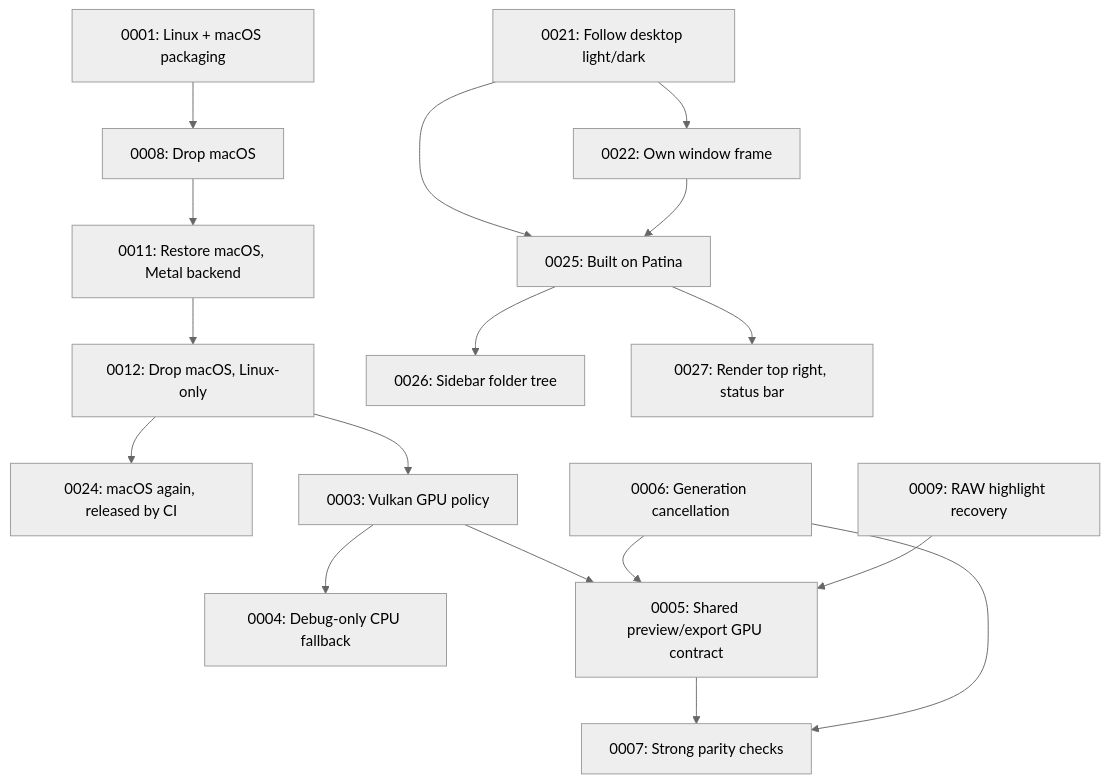
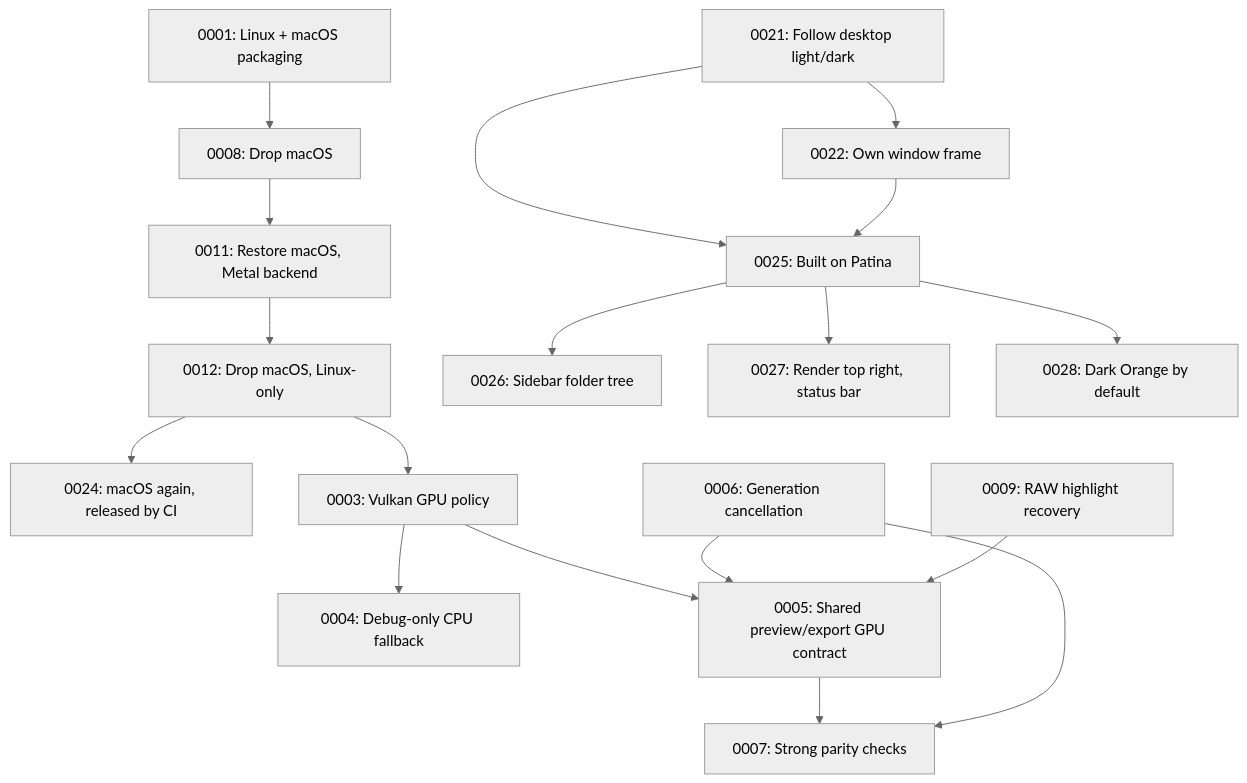
The diagram in docs/adr/README.md (divanvisagie/Photograph), drawn with Mermaid (neutral theme) before and after one commit. The commit also changed other lines of this file and 4 other files, not shown here.

First line of the commit message:
Dark Orange by default; drop the Photograph look (ADR-0028)

````diff
--- a/docs/adr/README.md
+++ b/docs/adr/README.md
@@ -71,19 +72,20 @@
 ```mermaid
 flowchart TD
     P1[0001: Linux + macOS packaging] --> P8[0008: Drop macOS]
     P8 --> P11[0011: Restore macOS, Metal backend]
     P11 --> P12[0012: Drop macOS, Linux-only]
     P12 --> P24[0024: macOS again, released by CI]
     P12 --> A[0003: Vulkan GPU policy]
     A --> B[0004: Debug-only CPU fallback]
     A --> C[0005: Shared preview/export GPU contract]
     C --> E[0007: Strong parity checks]
     D[0006: Generation cancellation] --> C
     D --> E
     F[0009: RAW highlight recovery] --> C
     T[0021: Follow desktop light/dark] --> W[0022: Own window frame]
     T --> PA[0025: Built on Patina]
     W --> PA
     PA --> TR[0026: Sidebar folder tree]
     PA --> SB[0027: Render top right, status bar]
+    PA --> DO[0028: Dark Orange by default]
 ```
````
